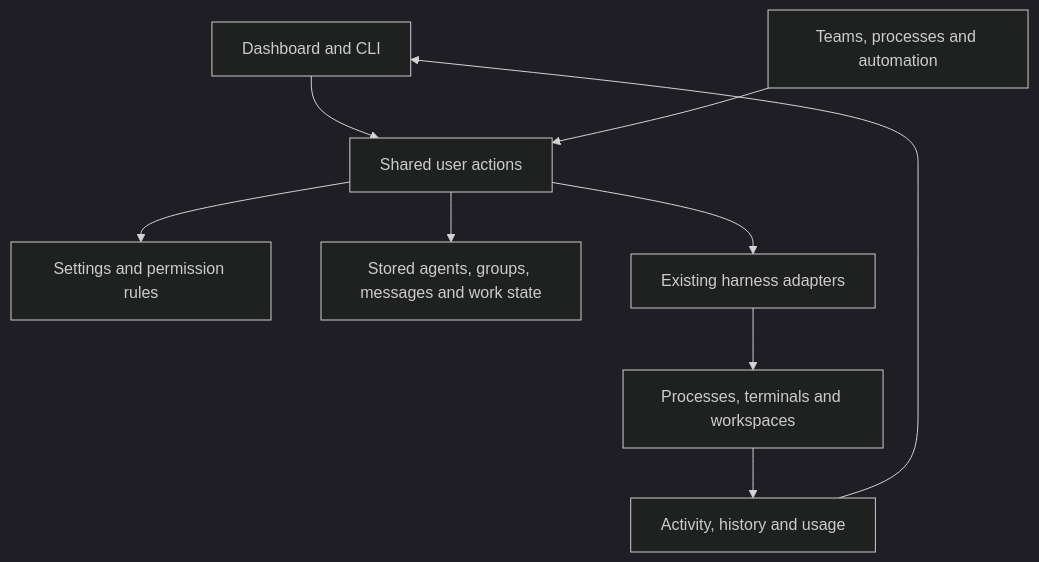
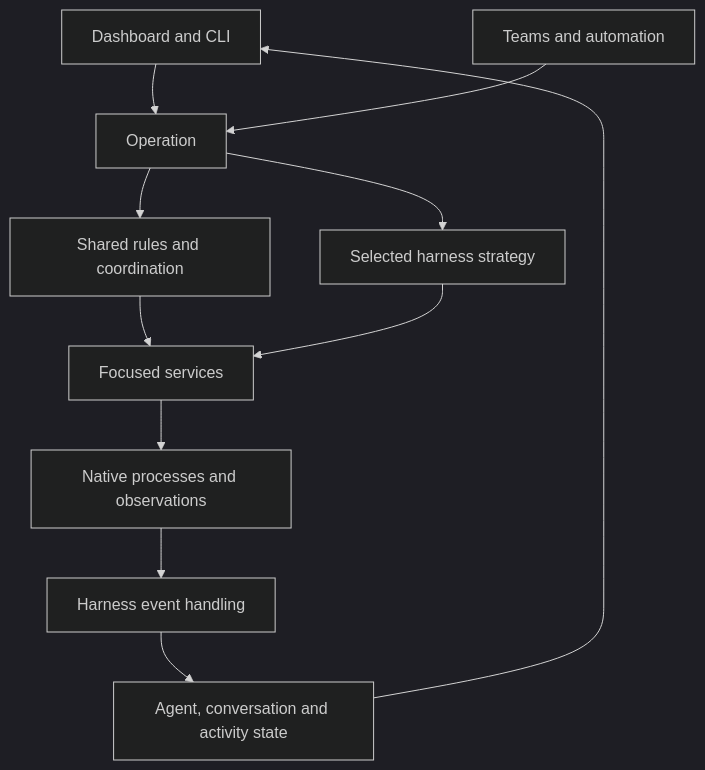
One commit to tofutools/tclaude changed the diagram in docs/v2-plan-and-ideas/README.md. Above: the diagram before and after it, drawn with Mermaid (dark theme). The commit also changed other lines of this file and 10 other files, not shown here.

````diff
--- a/docs/v2-plan-and-ideas/README.md
+++ b/docs/v2-plan-and-ideas/README.md
@@ -65,11 +25,13 @@
 ```mermaid
 flowchart TD
-    UI[Dashboard and CLI] --> Actions[Shared user actions]
-    Work[Teams, processes and automation] --> Actions
-    Actions --> Settings[Settings and permission rules]
-    Actions --> Data[Stored agents, groups, messages and work state]
-    Actions --> Harness[Existing harness adapters]
-    Harness --> Runtime[Processes, terminals and workspaces]
-    Runtime --> Reports[Activity, history and usage]
-    Reports --> UI
+    UI[Dashboard and CLI] --> Op[Operation]
+    Auto[Teams and automation] --> Op
+    Op --> Shared[Shared rules and coordination]
+    Op --> Strategy[Selected harness strategy]
+    Shared --> Services[Focused services]
+    Strategy --> Services
+    Services --> Native[Native processes and observations]
+    Native --> Integration[Harness event handling]
+    Integration --> State[Agent, conversation and activity state]
+    State --> UI
 ```
````
